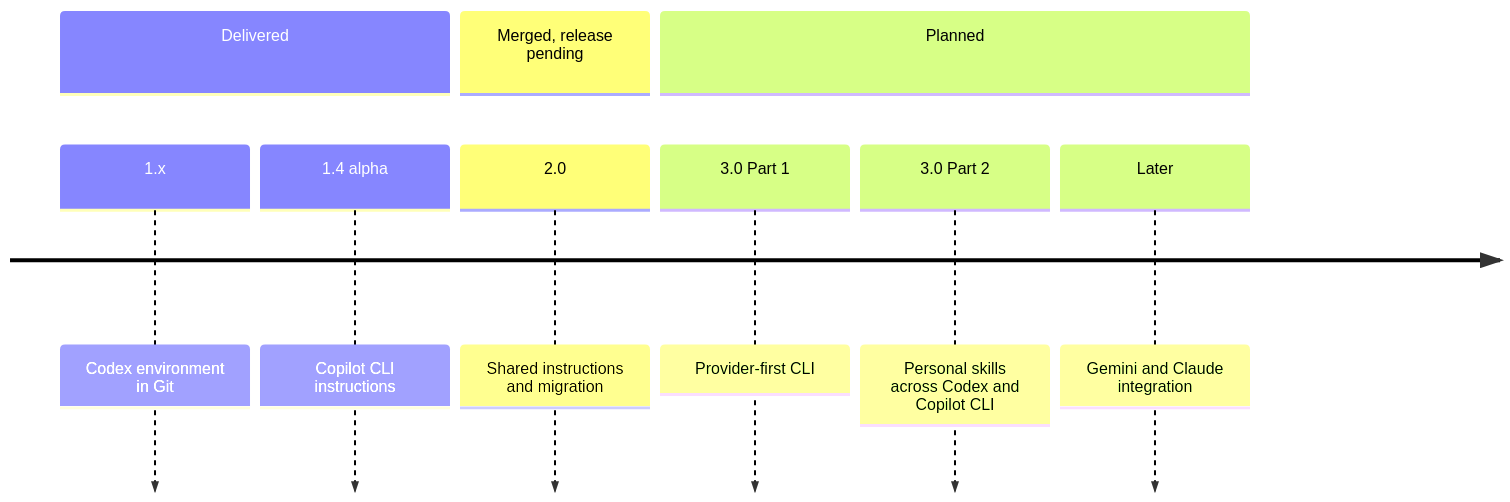
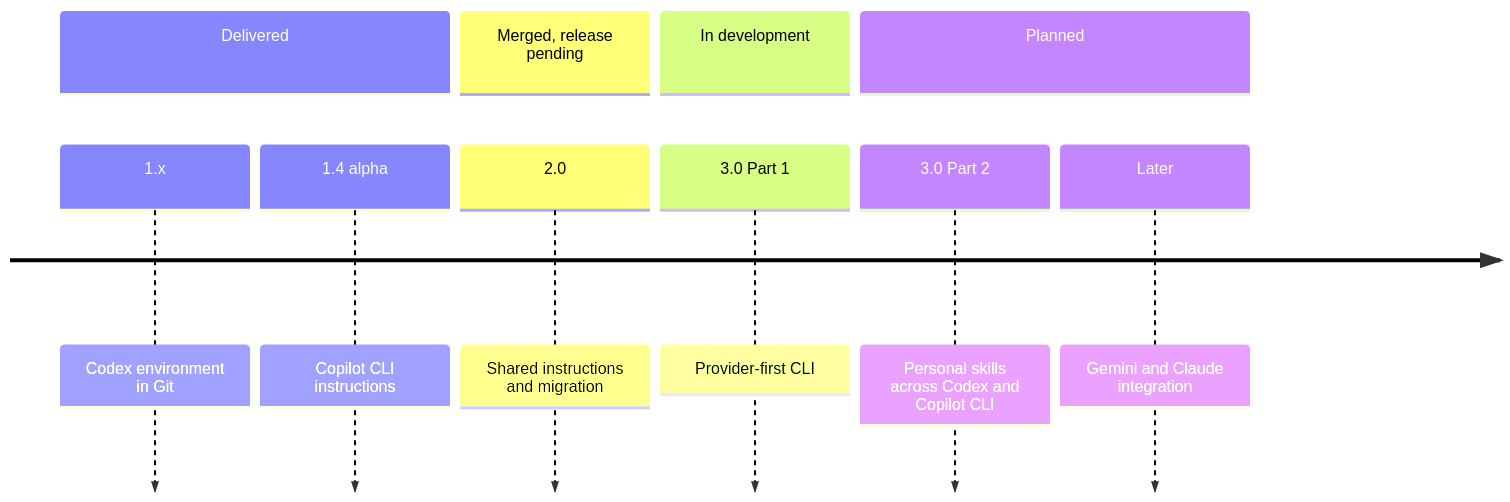
Before and after one commit to ferrywlto/ai-env-as-code: the fourth of 4 diagrams in README.md, drawn with Mermaid. The commit also changed other lines of this file and 35 other files, not shown here.

````diff
--- a/README.md
+++ b/README.md
@@ -126,12 +136,13 @@
 ```mermaid
 timeline
     section Delivered
         1.x : Codex environment in Git
         1.4 alpha : Copilot CLI instructions
     section Merged, release pending
         2.0 : Shared instructions and migration
+    section In development
+        3.0 Part 1 : Provider-first CLI
     section Planned
-        3.0 Part 1 : Provider-first CLI
         3.0 Part 2 : Personal skills across Codex and Copilot CLI
         Later : Gemini and Claude integration
 ```
````
